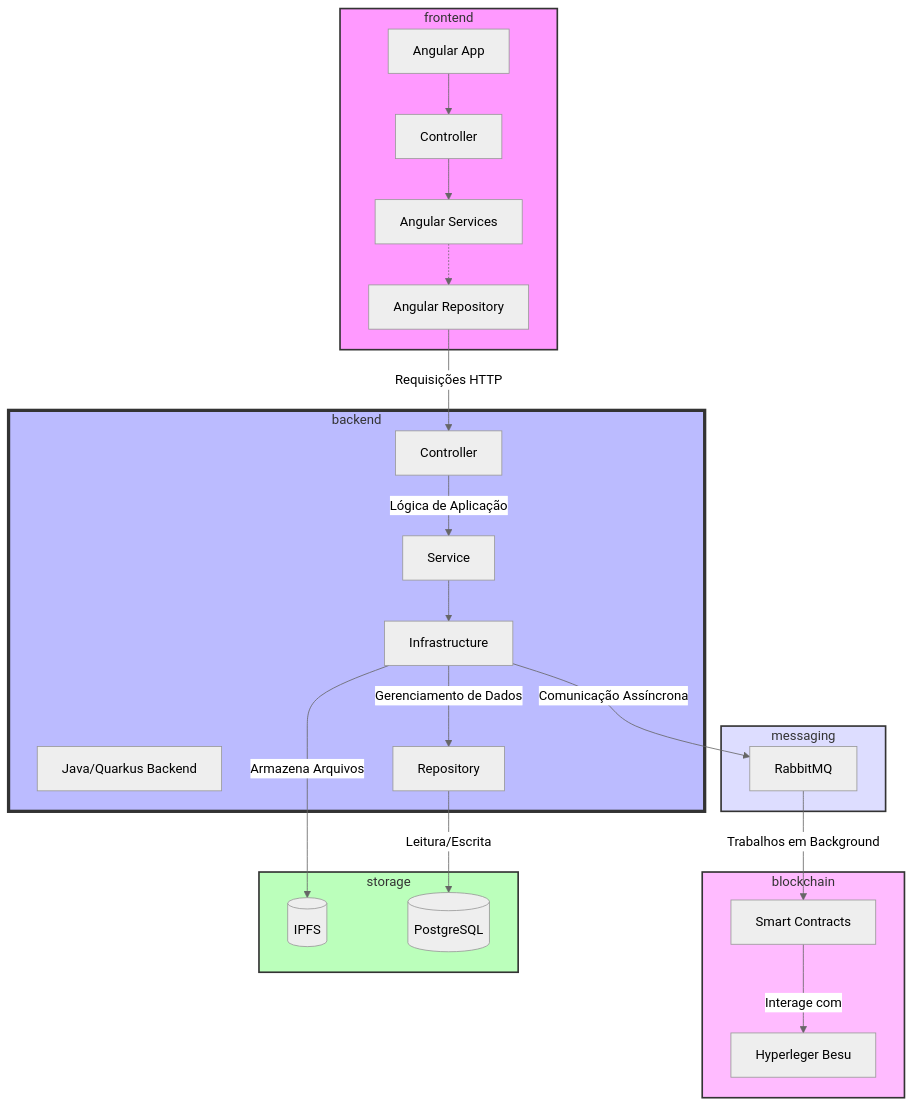
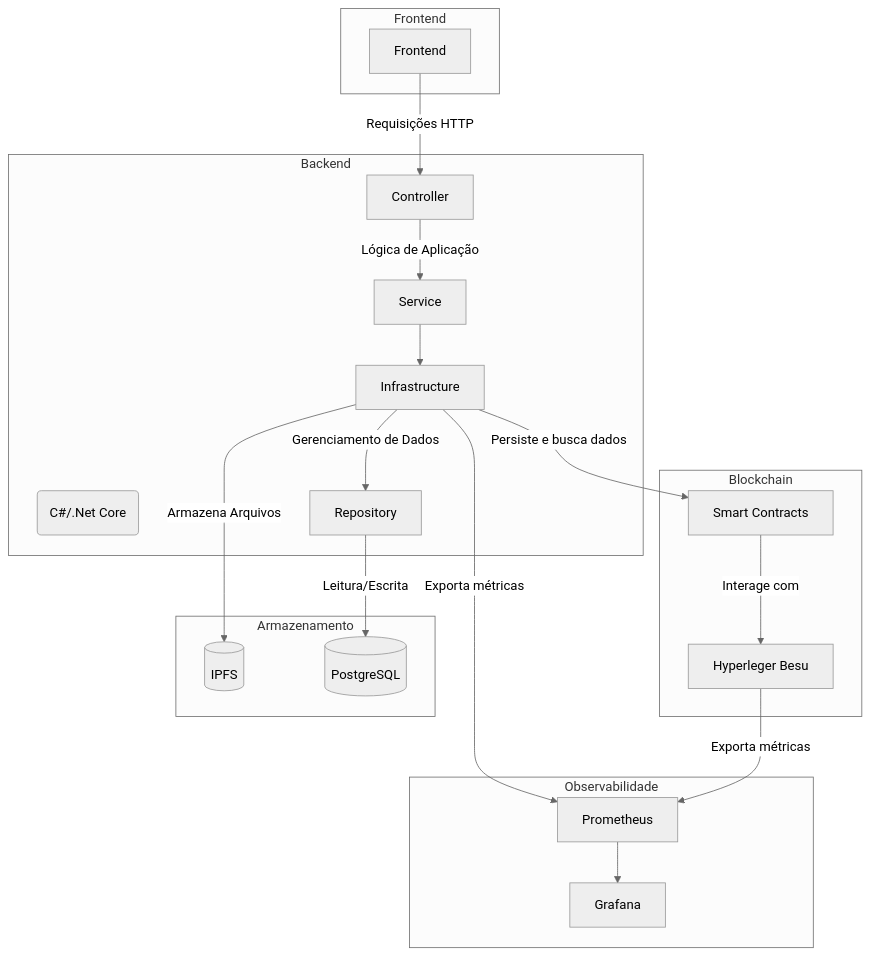
One commit to Azevedo-Erick/TCC-Blockchain-Licitacoes changed the second of 5 diagrams in docs/diagrams.md. Above: the diagram before and after it, drawn with Mermaid (neutral theme). The commit also changed other lines of this file, not shown here.

````diff
--- a/docs/diagrams.md
+++ b/docs/diagrams.md
@@ -4,42 +32,38 @@
 ```mermaid
-    graph TD
-    subgraph frontend
-        AP[Angular App] --> AC[Controller] --> AS[Angular Services] -.->  AR[Angular Repository]
+graph TD
+    subgraph Frontend
+    
+        AR[Frontend]
     end
 
-    subgraph backend
-    B[Java/Quarkus Backend]
-    CA[Controller]
-    S[Service]
+    subgraph Backend
+    B(C#/.Net Core)
+    CA[Controller] --> |Lógica de Aplicação| S[Service]
     BI[Infrastructure]
     R[Repository]
     end
 
-    subgraph blockchain
+    subgraph Blockchain
     SC[Smart Contracts]
     BC[Hyperleger Besu]
     end
 
-    subgraph storage
+    subgraph Armazenamento
     D[(IPFS)]
     E[(PostgreSQL)]
     end
 
-    subgraph messaging
-    MQ[RabbitMQ]
+    subgraph Observabilidade
+        P[Prometheus] --> G[Grafana]
     end
 
+
     AR -->|Requisições HTTP| CA
-    CA -->|Lógica de Aplicação| S
     S --> BI -->|Gerenciamento de Dados| R
-    BI -->|Comunicação Assíncrona| MQ
-    MQ -->|Trabalhos em Background| SC
+    BI -->|Persiste e busca dados| SC
     SC -->|Interage com| BC
+    BI --> |Exporta métricas| P
+    BC -->|Exporta métricas|P
     R -->|Leitura/Escrita| E
     BI -->|Armazena Arquivos| D
-    style frontend fill:#f9f,stroke:#333,stroke-width:2px
-    style backend fill:#bbf,stroke:#333,stroke-width:4px
-    style blockchain fill:#fbf,stroke:#333,stroke-width:2px
-    style storage fill:#bfb,stroke:#333,stroke-width:2px
-    style messaging fill:#ddf,stroke:#333,stroke-width:2px
 ```
````
